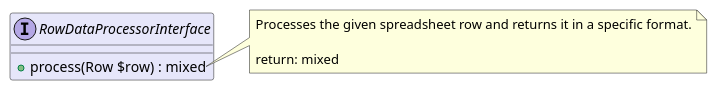
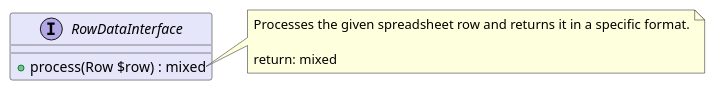
One commit to joomengine/super-powers changed the diagram in src/9ffc54fa-a71e-412f-bc8b-064fc3b69167/README.md. Above: the diagram before and after it, drawn with PlantUML. The commit also changed other lines of this file and 87 other files, not shown here.

````diff
--- a/src/9ffc54fa-a71e-412f-bc8b-064fc3b69167/README.md
+++ b/src/9ffc54fa-a71e-412f-bc8b-064fc3b69167/README.md
@@ -5,15 +5,15 @@
 ```uml
 @startuml
 
-interface RowDataProcessorInterface  #Lavender {
+interface RowDataInterface  #Lavender {
   + process(Row $row) : mixed
 }
 
-note right of RowDataProcessorInterface::process
+note right of RowDataInterface::process
   Processes the given spreadsheet row and returns it in a specific format.
 
   return: mixed
 end note
 
 @enduml
 ```
````
